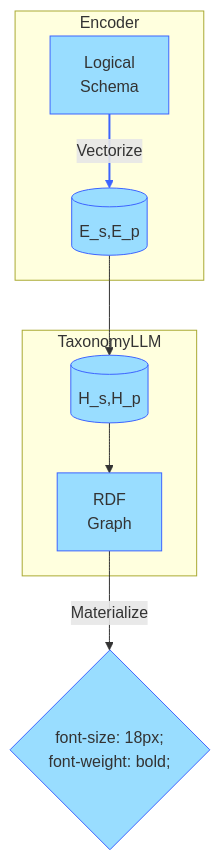
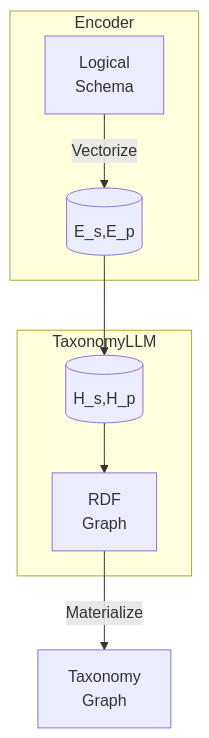
The diagram in ModelArchitecture.mermaid (mgorav/TaxonomyLLM), drawn with Mermaid before and after one commit. The commit also changed 2 other files, not shown here.

```diff
--- a/ModelArchitecture.mermaid
+++ b/ModelArchitecture.mermaid
@@ -1,26 +1,12 @@
 graph TB
 
     subgraph Encoder
         Schema[Logical<br/>Schema]-->|Vectorize|Es[(E_s,E_p)]
     end
 
     subgraph LLM[TaxonomyLLM]
         Es-->H[(H_s,H_p)]
         H-->O[RDF<br/>Graph]
     end
 
     O-->|Materialize|T[Taxonomy<br/>Graph]
-
-    classDef default fill:#99ddff,stroke:#3d64ff
-    classDef arch fill:#cce5ff,stroke:#3d64ff
-
-    linkStyle 0 stroke:#3d64ff,stroke-width:2px,fill:none
-
-%% Styling
-    class Schema,T rect
-    class Es,H,O round
-
-    T{
-        font-size: 18px;
-font-weight: bold;
-}
```
